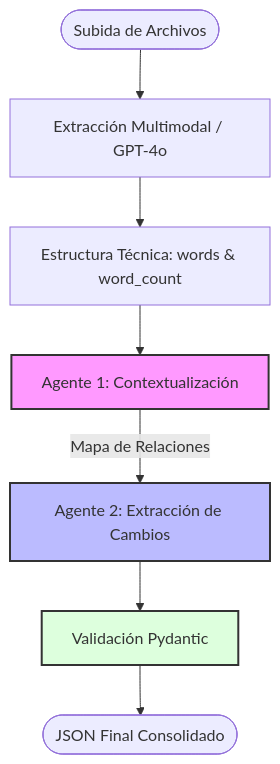
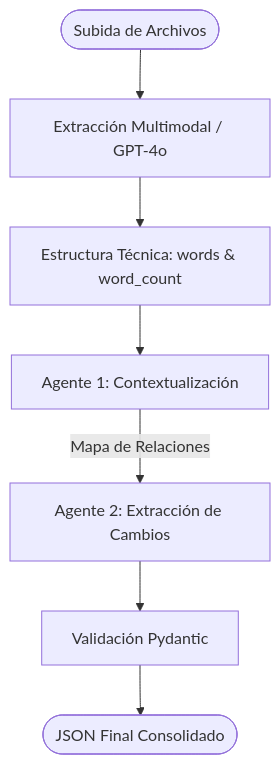
The diagram in README.md (tonyzl/dragndropjson), drawn with Mermaid before and after one commit.

Commit message:
sin colores en el esquema

````diff
--- a/README.md
+++ b/README.md
@@ -25,14 +25,12 @@
 ```mermaid
 graph TD
     Start([Subida de Archivos]) --> Vision[Extracción Multimodal / GPT-4o ]
     Vision --> Parsing[Estructura Técnica: words & word_count]
     Parsing --> Agent1[Agente 1: Contextualización]
     Agent1 -->|Mapa de Relaciones| Agent2[Agente 2: Extracción de Cambios]
     Agent2 --> Validation[Validación Pydantic]
     Validation --> Output([JSON Final Consolidado])
 
-    style Agent1 fill:#f9f,stroke:#333,stroke-width:2px
-    style Agent2 fill:#bbf,stroke:#333,stroke-width:2px
-    style Validation fill:#dfd,stroke:#333,stroke-width:2px
+
 
 ```    
````
